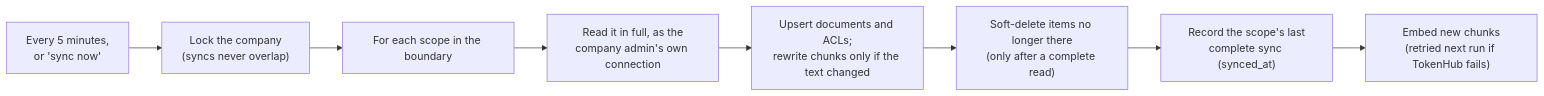
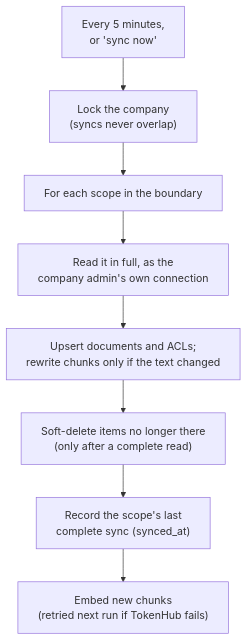
The fifth of 6 diagrams in docs/ARCHITECTURE.md (gabriel-wan/tencent-hackathon-fintech), drawn with Mermaid before and after one commit. The commit also changed other lines of this file and 1 other file, not shown here.

First line of the commit message:
docs: redraw the diagrams so arrows join boxes instead of crossing them

````diff
--- a/docs/ARCHITECTURE.md
+++ b/docs/ARCHITECTURE.md
@@ -209,10 +201,11 @@
 ```mermaid
-flowchart LR
+%%{init: {"flowchart": {"wrappingWidth": 360}}}%%
+flowchart TB
     T["Every 5 minutes,<br/>or 'sync now'"] --> L["Lock the company<br/>(syncs never overlap)"]
     L --> B["For each scope in the boundary"]
     B --> F["Read it in full, as the<br/>company admin's own connection"]
     F --> W["Upsert documents and ACLs;<br/>rewrite chunks only if the text changed"]
     W --> D["Soft-delete items no longer there<br/>(only after a complete read)"]
     D --> S["Record the scope's last<br/>complete sync (synced_at)"]
     S --> E["Embed new chunks<br/>(retried next run if TokenHub fails)"]
 ```
````
